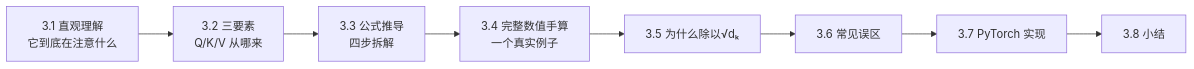
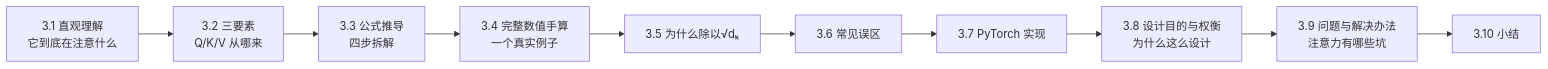
The first of 16 diagrams in transformer-学习资料/第03章-注意力机制.md (zerioo1970/summary), drawn with Mermaid before and after one commit. The commit also changed other lines of this file and 4 other files, not shown here.

Commit message:
深度扩充第3-7章:每章新增'设计目的与权衡'和'问题与解决办法'两大节

````diff
--- a/transformer-学习资料/第03章-注意力机制.md
+++ b/transformer-学习资料/第03章-注意力机制.md
@@ -13,10 +13,12 @@
 ```mermaid
 flowchart LR
     A["3.1 直观理解<br/>它到底在注意什么"] --> B["3.2 三要素<br/>Q/K/V 从哪来"]
     B --> C["3.3 公式推导<br/>四步拆解"]
     C --> D["3.4 完整数值手算<br/>一个真实例子"]
     D --> E["3.5 为什么除以√dₖ"]
     E --> F["3.6 常见误区"]
     F --> G["3.7 PyTorch 实现"]
-    G --> H["3.8 小结"]
+    G --> H["3.8 设计目的与权衡<br/>为什么这么设计"]
+    H --> I["3.9 问题与解决办法<br/>注意力有哪些坑"]
+    I --> J["3.10 小结"]
 ```
````
